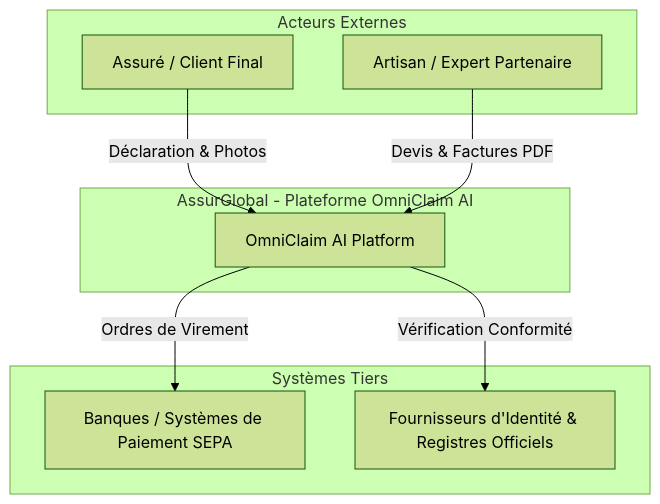
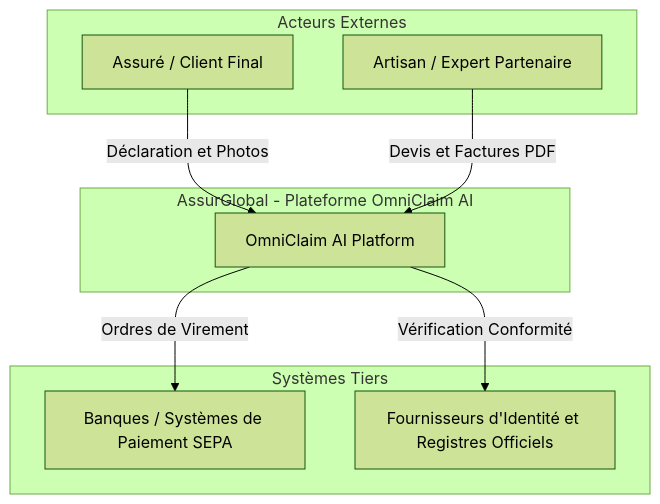
The diagram in docs/etudes/omniclaim_ai_multicloud/diagrams/c4_level2_container_1.mmd (widadsaghir/my-agentic-architecture), drawn with Mermaid (forest theme) before and after one commit. The commit also changed 4 other files, not shown here.

Commit message:
fix(mermaid): sanitize special characters, quotes and arrows in C4 Level 2, Level 4 and Sequence diagrams

```diff
--- a/docs/etudes/omniclaim_ai_multicloud/diagrams/c4_level2_container_1.mmd
+++ b/docs/etudes/omniclaim_ai_multicloud/diagrams/c4_level2_container_1.mmd
@@ -1,19 +1,19 @@
 flowchart TD
     subgraph "Acteurs Externes"
-        U[Assuré / Client Final]
-        P[Artisan / Expert Partenaire]
+        U["Assuré / Client Final"]
+        P["Artisan / Expert Partenaire"]
     end
 
     subgraph "AssurGlobal - Plateforme OmniClaim AI"
-        SYS[OmniClaim AI Platform]
+        SYS["OmniClaim AI Platform"]
     end
 
     subgraph "Systèmes Tiers"
-        B[Banques / Systèmes de Paiement SEPA]
-        S[Fournisseurs d'Identité & Registres Officiels]
+        B["Banques / Systèmes de Paiement SEPA"]
+        S["Fournisseurs d'Identité et Registres Officiels"]
     end
 
-    U -->|Déclaration & Photos| SYS
-    P -->|Devis & Factures PDF| SYS
-    SYS -->|Ordres de Virement| B
-    SYS -->|Vérification Conformité| S
+    U -->|"Déclaration et Photos"| SYS
+    P -->|"Devis et Factures PDF"| SYS
+    SYS -->|"Ordres de Virement"| B
+    SYS -->|"Vérification Conformité"| S
```
